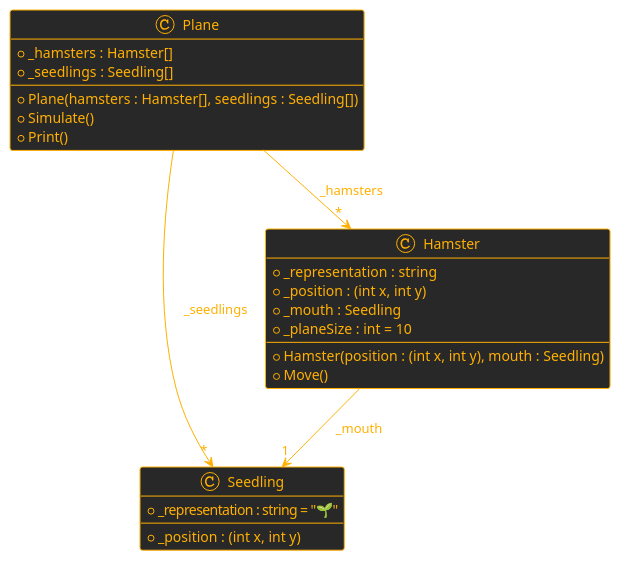
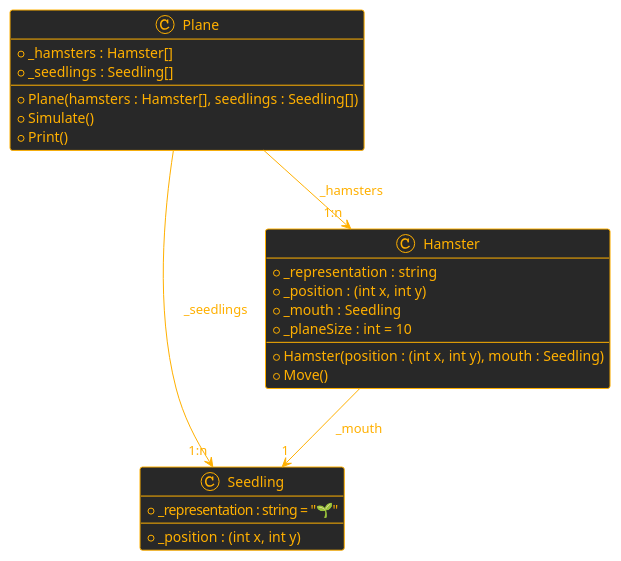
One commit to MrStrelow/HTL-POS changed the diagram in JahrGang2/L04-KlassenUndObjekte/Aufgabe01-Hamster-v1/Angabe.md. Above: the diagram before and after it, drawn with PlantUML. The commit also changed 8 other files, not shown here.

````diff
--- a/JahrGang2/L04-KlassenUndObjekte/Aufgabe01-Hamster-v1/Angabe.md
+++ b/JahrGang2/L04-KlassenUndObjekte/Aufgabe01-Hamster-v1/Angabe.md
@@ -35,34 +35,34 @@
 ```plantuml {align="center"}
 @startuml
 !theme crt-amber
 skinparam backgroundColor transparent
 
 class Seedling {
   + _representation : string = "🌱"
   + _position : (int x, int y)
 }
 
 class Hamster {
   + _representation : string
   + _position : (int x, int y)
   + _mouth : Seedling
   + _planeSize : int = 10
   --
   + Hamster(position : (int x, int y), mouth : Seedling)
   + Move()
 }
 
 class Plane {
   + _hamsters : Hamster[]
   + _seedlings : Seedling[]
   --
   + Plane(hamsters : Hamster[], seedlings : Seedling[])
   + Simulate()
   + Print()
 }
 
-Plane --> "*" Hamster : "  _hamsters"
-Plane --> "*" Seedling : "  _seedlings"
+Plane --> "1:n" Hamster : "  _hamsters"
+Plane --> "1:n" Seedling : "  _seedlings"
 Hamster --> "1" Seedling : "  _mouth"
 @enduml
 ```
````
